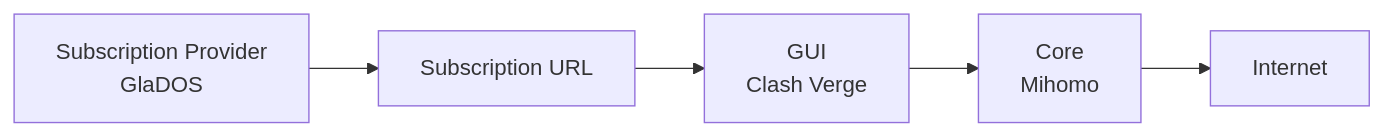
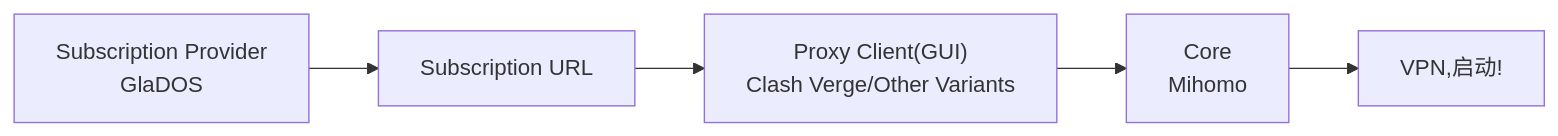
Before and after one commit to sophia-zhang-qwq/random-blog: the diagram in _posts/2026-05-17-Set-Up-VPN.md, drawn with Mermaid.

````diff
--- a/_posts/2026-05-17-Set-Up-VPN.md
+++ b/_posts/2026-05-17-Set-Up-VPN.md
@@ -19,11 +19,11 @@
 ```mermaid
 flowchart LR
 
 P["Subscription Provider<br/>GlaDOS<br/>"]
 S["Subscription URL"]
-G["GUI<br/>Clash Verge<br/>"]
+G["Proxy Client(GUI)<br/>Clash Verge/Other Variants<br/>"]
 C["Core<br/>Mihomo<br/>"]
-I["Internet"]
+I["VPN,启动!"]
 
 P --> S --> G --> C --> I
 ```
````
